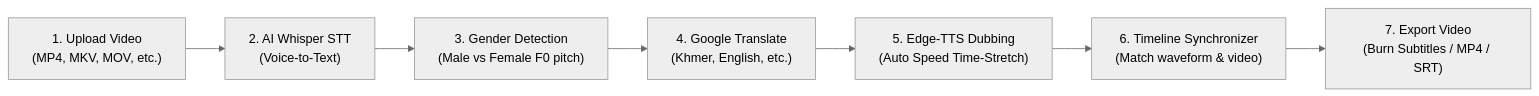
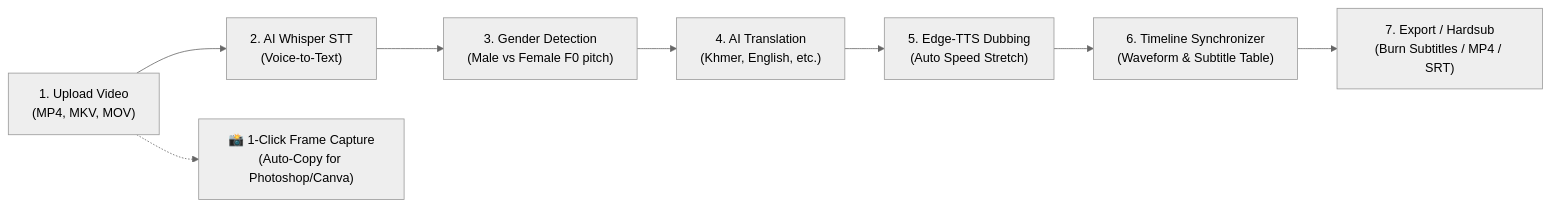
Before and after one commit to Son-makara/mk_subtitle: the diagram in README.md, drawn with Mermaid (neutral theme). The commit also changed other lines of this file and 11 other files, not shown here.

Commit message:
Update studio tools, frame capture, and docs; ignore settings and keys

````diff
--- a/README.md
+++ b/README.md
@@ -134,9 +119,10 @@
 ```mermaid
 graph LR
-    A["1. Upload Video\n(MP4, MKV, MOV, etc.)"] --> B["2. AI Whisper STT\n(Voice-to-Text)"]
+    A["1. Upload Video\n(MP4, MKV, MOV)"] --> B["2. AI Whisper STT\n(Voice-to-Text)"]
     B --> C["3. Gender Detection\n(Male vs Female F0 pitch)"]
-    C --> D["4. Google Translate\n(Khmer, English, etc.)"]
-    D --> E["5. Edge-TTS Dubbing\n(Auto Speed Time-Stretch)"]
-    E --> F["6. Timeline Synchronizer\n(Match waveform & video)"]
-    F --> G["7. Export Video\n(Burn Subtitles / MP4 / SRT)"]
+    C --> D["4. AI Translation\n(Khmer, English, etc.)"]
+    D --> E["5. Edge-TTS Dubbing\n(Auto Speed Stretch)"]
+    E --> F["6. Timeline Synchronizer\n(Waveform & Subtitle Table)"]
+    F --> G["7. Export / Hardsub\n(Burn Subtitles / MP4 / SRT)"]
+    A -.-> H["📸 1-Click Frame Capture\n(Auto-Copy for Photoshop/Canva)"]
 ```
````
